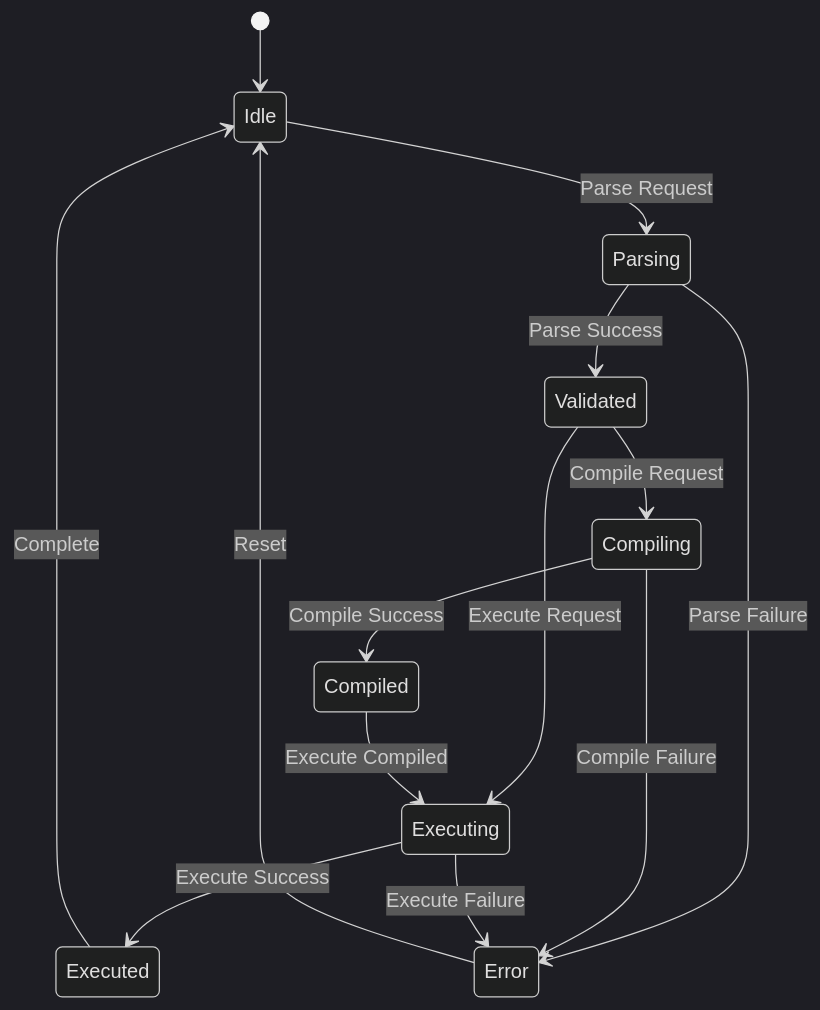
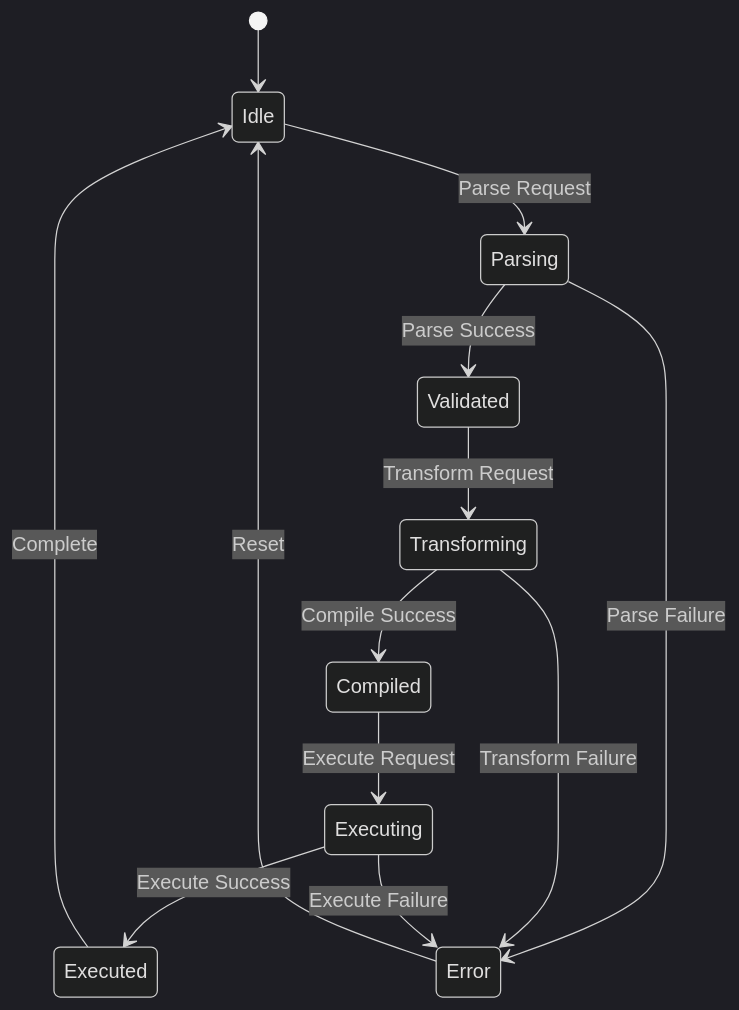
Before and after one commit to tcp-ecosystem/MAM: the sixth of 7 diagrams in brain.md, drawn with Mermaid (dark theme). The commit also changed other lines of this file and 232 other files, not shown here.

````diff
--- a/brain.md
+++ b/brain.md
@@ -183,16 +196,15 @@
 ```mermaid
 stateDiagram-v2
     [*] --> Idle
     Idle --> Parsing: Parse Request
     Parsing --> Validated: Parse Success
     Parsing --> Error: Parse Failure
-    Validated --> Compiling: Compile Request
-    Validated --> Executing: Execute Request
-    Compiling --> Compiled: Compile Success
-    Compiling --> Error: Compile Failure
+    Validated --> Transforming: Transform Request
+    Transforming --> Compiled: Compile Success
+    Transforming --> Error: Transform Failure
+    Compiled --> Executing: Execute Request
     Executing --> Executed: Execute Success
     Executing --> Error: Execute Failure
-    Compiled --> Executing: Execute Compiled
     Executed --> Idle: Complete
     Error --> Idle: Reset
 ```
````
